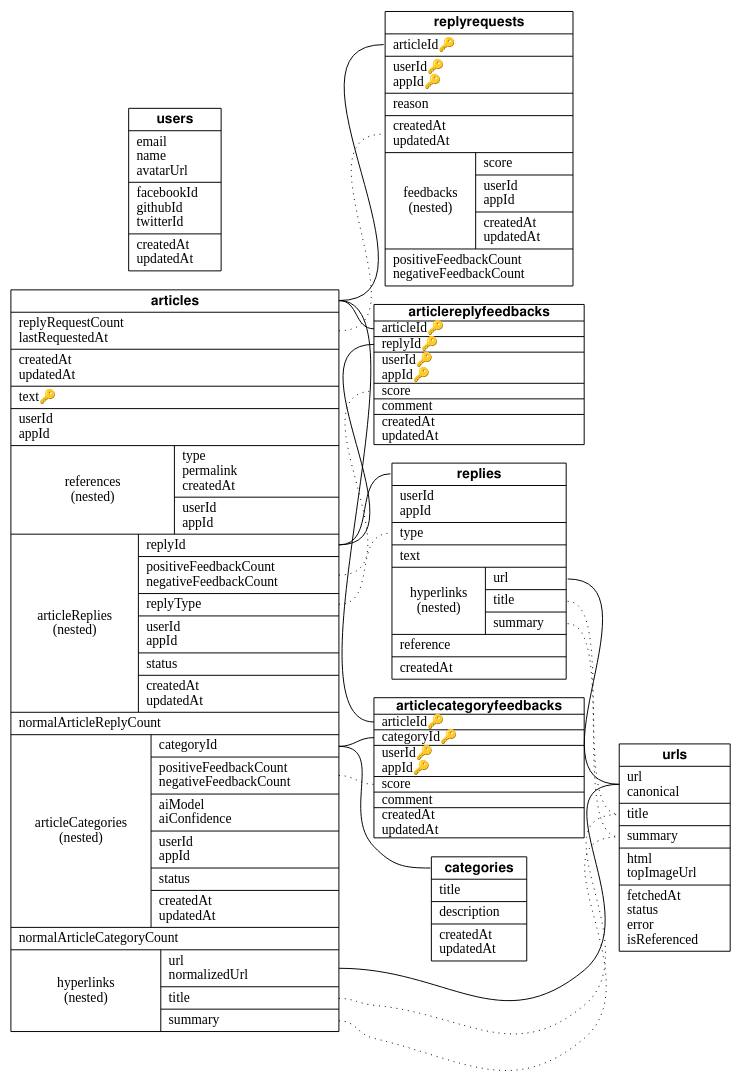
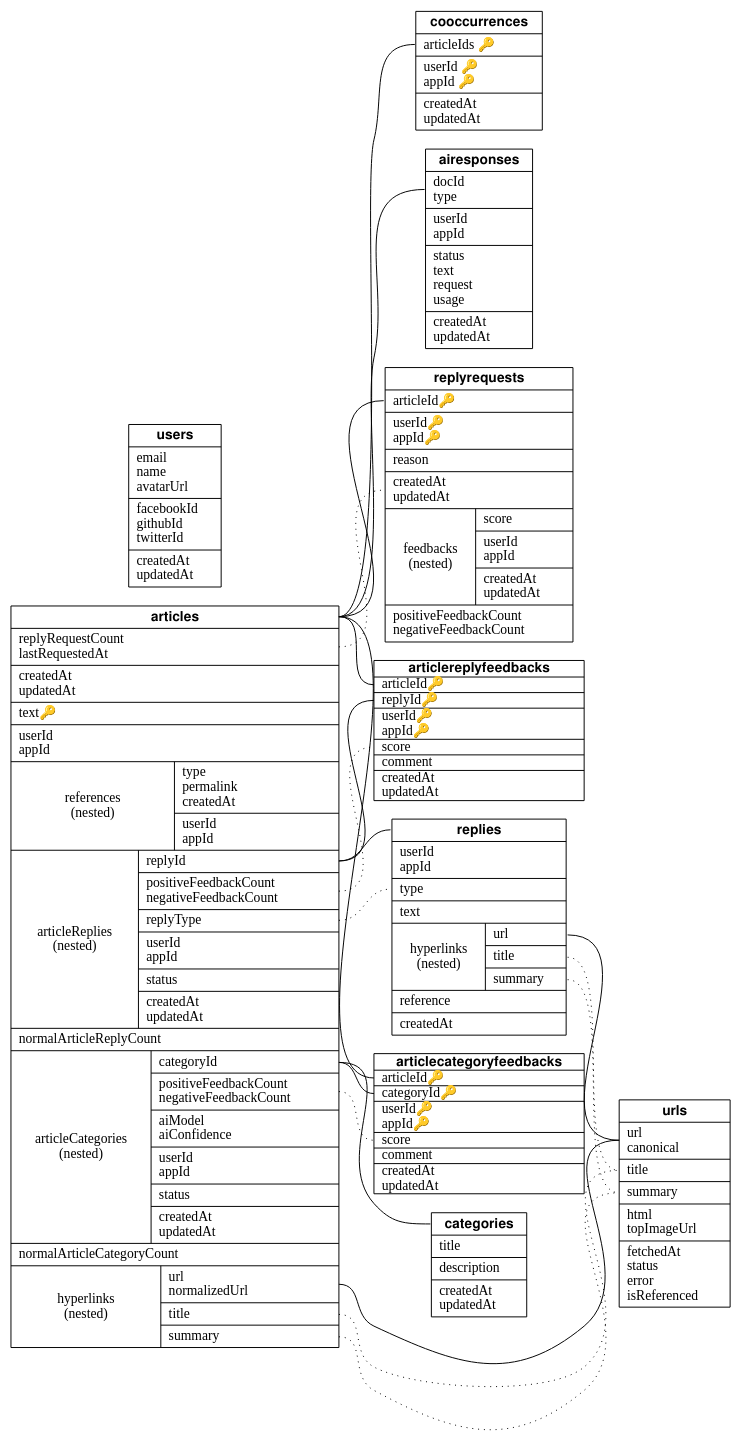
Before and after one commit to g0v-data/g0v-hackmd-archive: the diagram in notes/F1K20uFNSzivBPXsKdg30Q.md, drawn with Graphviz. The commit also changed other lines of this file and 22 other files, not shown here.

````diff
--- a/notes/F1K20uFNSzivBPXsKdg30Q.md
+++ b/notes/F1K20uFNSzivBPXsKdg30Q.md
@@ -264,6 +268,36 @@
     updatedAt\l
   "]
   
+  cooccurrences[label="
+    𝐜𝐨𝐨𝐜𝐜𝐮𝐫𝐫𝐞𝐧𝐜𝐞𝐬
+    |
+    <id>articleIds 🔑\l
+    |
+    userId 🔑\l
+    appId 🔑\l
+    |
+    createdAt\l
+    updatedAt\l
+  "]
+  
+  airesponses[label="
+    𝐚𝐢𝐫𝐞𝐬𝐩𝐨𝐧𝐬𝐞𝐬
+    |
+    <id>docId\l
+    type\l
+    |
+    userId\l
+    appId\l
+    |
+    status\l
+    text\l
+    request\l
+    usage\l
+    |
+    createdAt\l
+    updatedAt\l
+  "]
+  
   
   articles:id -- replyrequests:id;
   articles:requests -- replyrequests:timestamps [style="dotted"];
@@ -282,5 +316,7 @@
   replies:url -- urls:url;
   replies:title -- urls:title [style="dotted"];
   replies:summary -- urls:summary [style="dotted"];
+  articles:id -- cooccurrences:id;
+  articles:id -- airesponses:id;
 }
 ```
````
